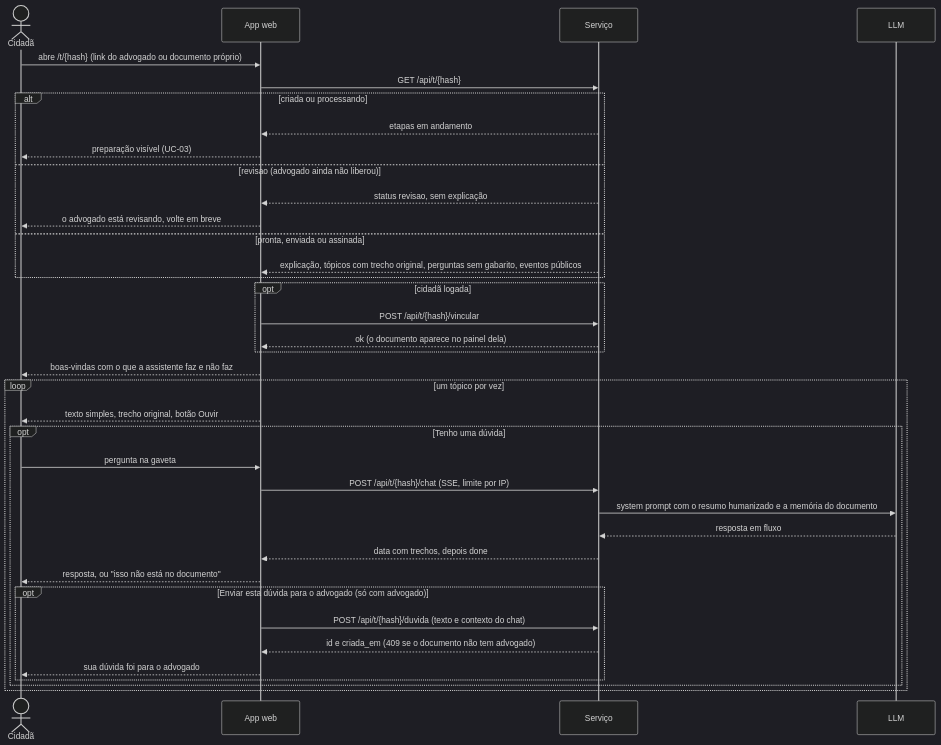
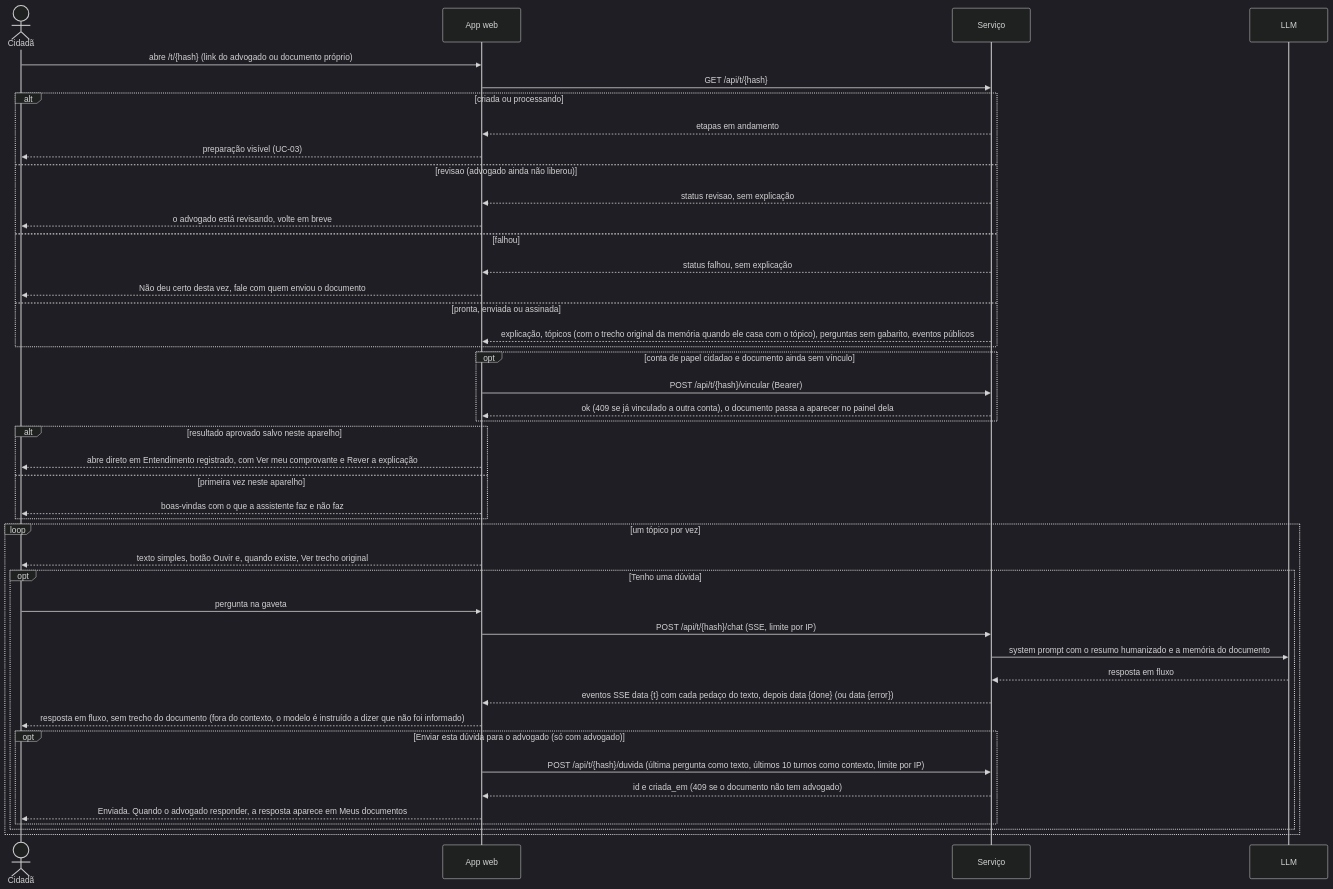
Before and after one commit to deegalabs/leia: the sixth of 10 diagrams in apps/web/content/docs/USE-CASES.md, drawn with Mermaid (dark theme). The commit also changed other lines of this file and 4 other files, not shown here.

````diff
--- a/apps/web/content/docs/USE-CASES.md
+++ b/apps/web/content/docs/USE-CASES.md
@@ -154,39 +154,46 @@
 ```mermaid
 sequenceDiagram
   actor C as Cidadã
   participant W as App web
   participant S as Serviço
   participant L as LLM
   C->>W: abre /t/{hash} (link do advogado ou documento próprio)
   W->>S: GET /api/t/{hash}
   alt criada ou processando
     S-->>W: etapas em andamento
     W-->>C: preparação visível (UC-03)
   else revisao (advogado ainda não liberou)
     S-->>W: status revisao, sem explicação
     W-->>C: o advogado está revisando, volte em breve
+  else falhou
+    S-->>W: status falhou, sem explicação
+    W-->>C: Não deu certo desta vez, fale com quem enviou o documento
   else pronta, enviada ou assinada
-    S-->>W: explicação, tópicos com trecho original, perguntas sem gabarito, eventos públicos
+    S-->>W: explicação, tópicos (com o trecho original da memória quando ele casa com o tópico), perguntas sem gabarito, eventos públicos
   end
-  opt cidadã logada
-    W->>S: POST /api/t/{hash}/vincular
-    S-->>W: ok (o documento aparece no painel dela)
+  opt conta de papel cidadao e documento ainda sem vínculo
+    W->>S: POST /api/t/{hash}/vincular (Bearer)
+    S-->>W: ok (409 se já vinculado a outra conta), o documento passa a aparecer no painel dela
   end
-  W-->>C: boas-vindas com o que a assistente faz e não faz
+  alt resultado aprovado salvo neste aparelho
+    W-->>C: abre direto em Entendimento registrado, com Ver meu comprovante e Rever a explicação
+  else primeira vez neste aparelho
+    W-->>C: boas-vindas com o que a assistente faz e não faz
+  end
   loop um tópico por vez
-    W-->>C: texto simples, trecho original, botão Ouvir
+    W-->>C: texto simples, botão Ouvir e, quando existe, Ver trecho original
     opt Tenho uma dúvida
       C->>W: pergunta na gaveta
       W->>S: POST /api/t/{hash}/chat (SSE, limite por IP)
       S->>L: system prompt com o resumo humanizado e a memória do documento
       L-->>S: resposta em fluxo
-      S-->>W: data com trechos, depois done
-      W-->>C: resposta, ou "isso não está no documento"
+      S-->>W: eventos SSE data {t} com cada pedaço do texto, depois data {done} (ou data {error})
+      W-->>C: resposta em fluxo, sem trecho do documento (fora do contexto, o modelo é instruído a dizer que não foi informado)
       opt Enviar esta dúvida para o advogado (só com advogado)
-        W->>S: POST /api/t/{hash}/duvida (texto e contexto do chat)
+        W->>S: POST /api/t/{hash}/duvida (última pergunta como texto, últimos 10 turnos como contexto, limite por IP)
         S-->>W: id e criada_em (409 se o documento não tem advogado)
-        W-->>C: sua dúvida foi para o advogado
+        W-->>C: Enviada. Quando o advogado responder, a resposta aparece em Meus documentos
       end
     end
   end
 ```
````
